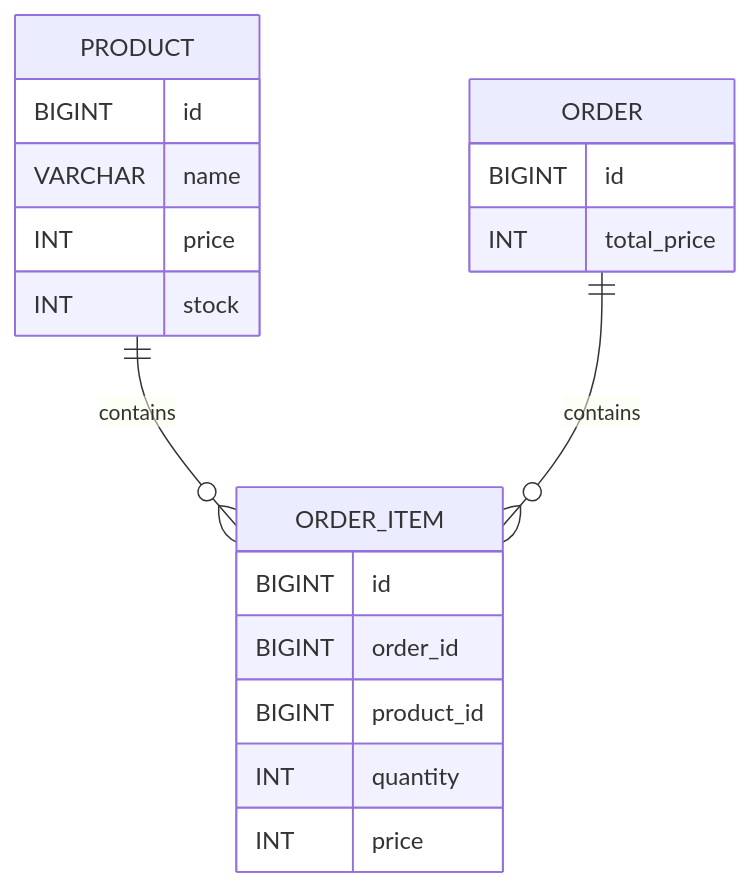
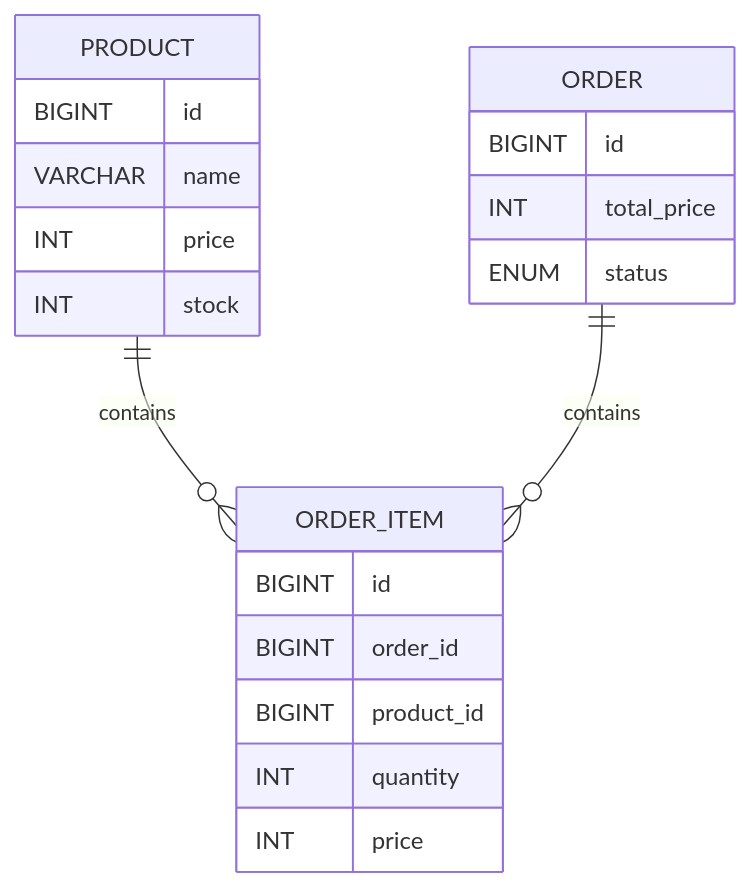
Before and after one commit to utl-flaxy/inventory-management-system: the first of 10 diagrams in README.md, drawn with Mermaid. The commit also changed other lines of this file, not shown here.

````diff
--- a/README.md
+++ b/README.md
@@ -91,26 +94,27 @@
 ```mermaid
 erDiagram
 
 PRODUCT ||--o{ ORDER_ITEM : contains
 ORDER ||--o{ ORDER_ITEM : contains
 
 PRODUCT {
     BIGINT id
     VARCHAR name
     INT price
     INT stock
 }
 
 ORDER {
     BIGINT id
     INT total_price
+    ENUM status
 }
 
 ORDER_ITEM {
     BIGINT id
     BIGINT order_id
     BIGINT product_id
     INT quantity
     INT price
 }
 ```
````
